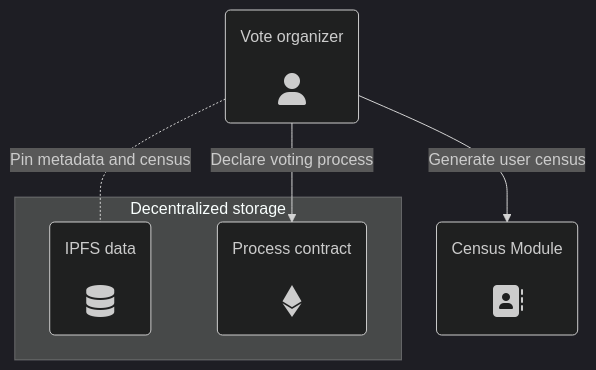
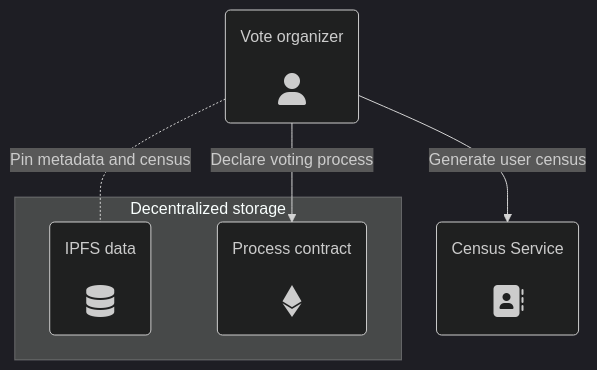
One commit to vocdoni/docs changed the first of 3 diagrams in src/architecture/process-overview.md. Above: the diagram before and after it, drawn with Mermaid (dark theme). The commit also changed other lines of this file and 5 other files, not shown here.

Commit message:
Recover census service components

````diff
--- a/src/architecture/process-overview.md
+++ b/src/architecture/process-overview.md
@@ -19,16 +19,16 @@
 ```mermaid
 graph TD
 OG(<center>Vote organizer<br/><br/><i class='fa fa-2x fa-user'/></center>)
 DATA(<center>IPFS data<br/><br/><i class='fa fa-2x fa-database'/></center>)
 BP(<center>Process contract<br/><br/><i class='fab fa-2x fa-ethereum'/></center>)
-CS(<center>Census Module<br/><br/><i class='fa fa-2x fa-address-book'/></center>)
+CS(<center>Census Service<br/><br/><i class='fa fa-2x fa-address-book'/></center>)
 
 OG --> |Generate user census|CS
 OG -.- |Pin metadata and census|DATA
 OG --> |Declare voting process|BP
 
 subgraph Decentralized storage
 	BP
 	DATA
 end
 ```
````
